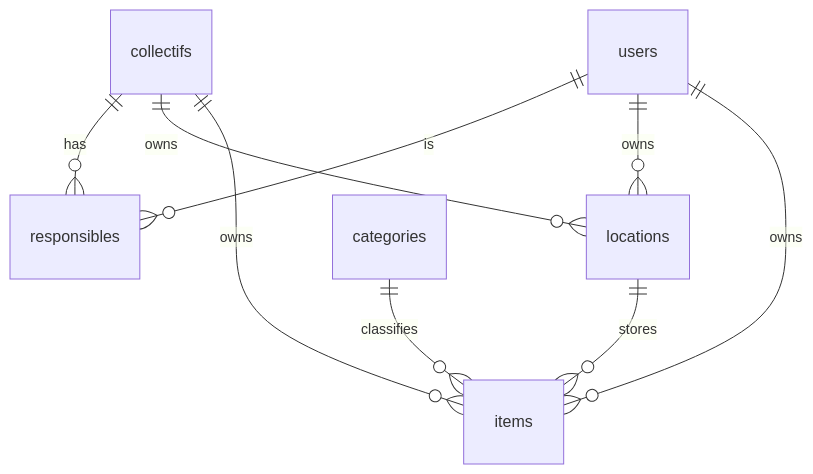
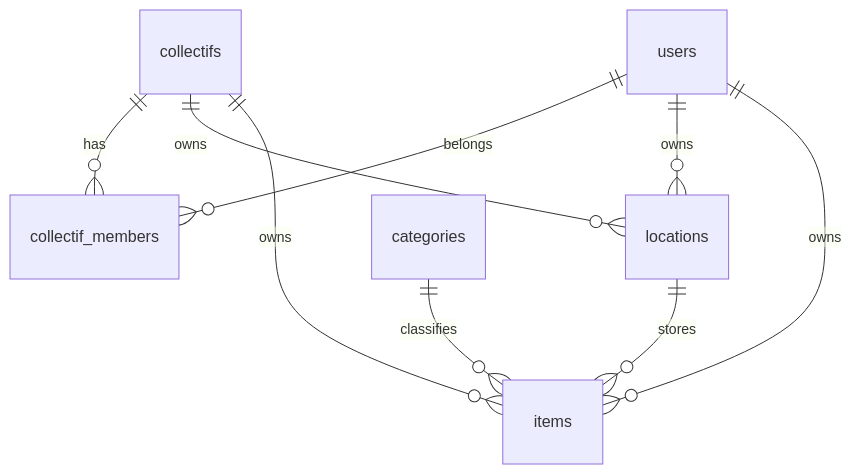
One commit to CollectiFrog/InventAssos changed the diagram in docs/dev/architecture/data-model.md. Above: the diagram before and after it, drawn with Mermaid. The commit also changed other lines of this file and 29 other files, not shown here.

Commit message:
refactor: responsibles become collectif_members with a role (#107)

````diff
--- a/docs/dev/architecture/data-model.md
+++ b/docs/dev/architecture/data-model.md
@@ -11,11 +11,11 @@
 ```mermaid
 erDiagram
-  users ||--o{ responsibles : "is"
-  collectifs ||--o{ responsibles : "has"
+  users ||--o{ collectif_members : "belongs"
+  collectifs ||--o{ collectif_members : "has"
   collectifs ||--o{ locations : "owns"
   users ||--o{ locations : "owns"
   locations ||--o{ items : "stores"
   collectifs ||--o{ items : "owns"
   users ||--o{ items : "owns"
   categories ||--o{ items : "classifies"
 ```
````
